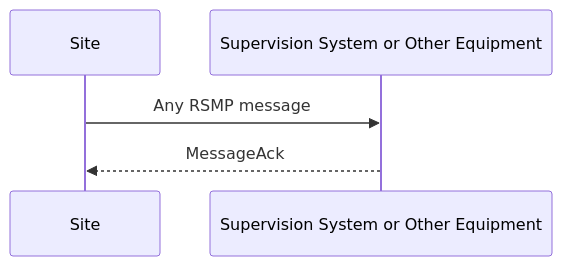
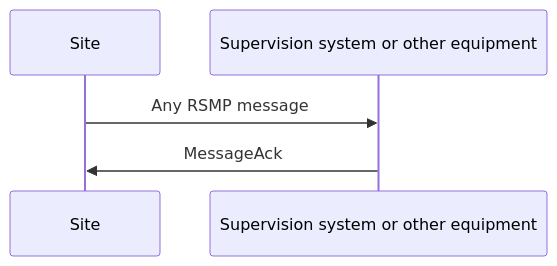
Diagram 14 of 16 in pages/applicability/basic_structure.md (rsmp-nordic/rsmp_core), drawn with Mermaid before and after one commit. The commit also changed other lines of this file and 25 other files, not shown here.

````diff
--- a/pages/applicability/basic_structure.md
+++ b/pages/applicability/basic_structure.md
@@ -1243,7 +1294,7 @@
 ```mermaid
 sequenceDiagram
     participant A as Site
-    participant B as Supervision System or Other Equipment
+    participant B as Supervision system or other equipment
     A->>B: Any RSMP message
-    B-->>A: MessageAck
+    B->>A: MessageAck
 ```
````
